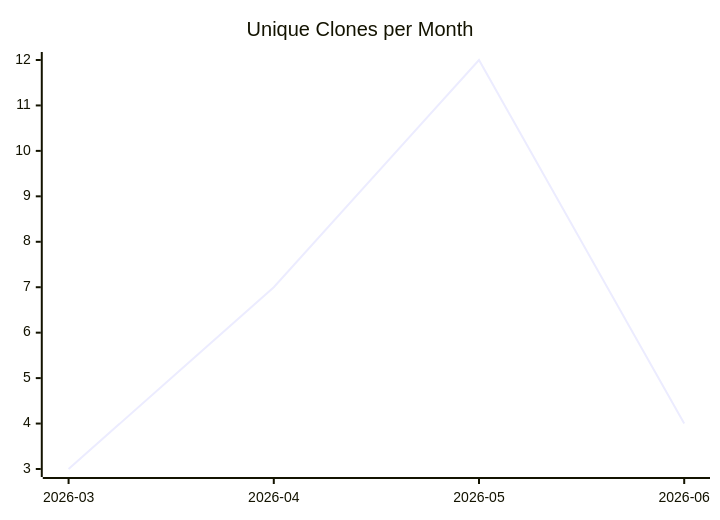
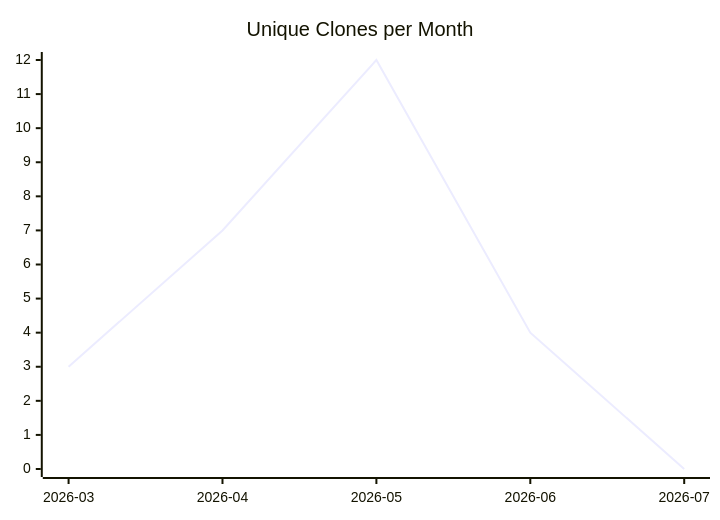
The third of 3 diagrams in karlmdavis/perfect-note/README.md (justdavis-family/github-analytics-data), drawn with Mermaid before and after one commit. The commit also changed other lines of this file and 199 other files, not shown here.

````diff
--- a/karlmdavis/perfect-note/README.md
+++ b/karlmdavis/perfect-note/README.md
@@ -19,6 +19,6 @@
 ```mermaid
 xychart-beta
   title "Unique Clones per Month"
-  x-axis ["2026-03", "2026-04", "2026-05", "2026-06"]
-  line [3, 7, 12, 4]
+  x-axis ["2026-03", "2026-04", "2026-05", "2026-06", "2026-07"]
+  line [3, 7, 12, 4, 0]
 ```
````
